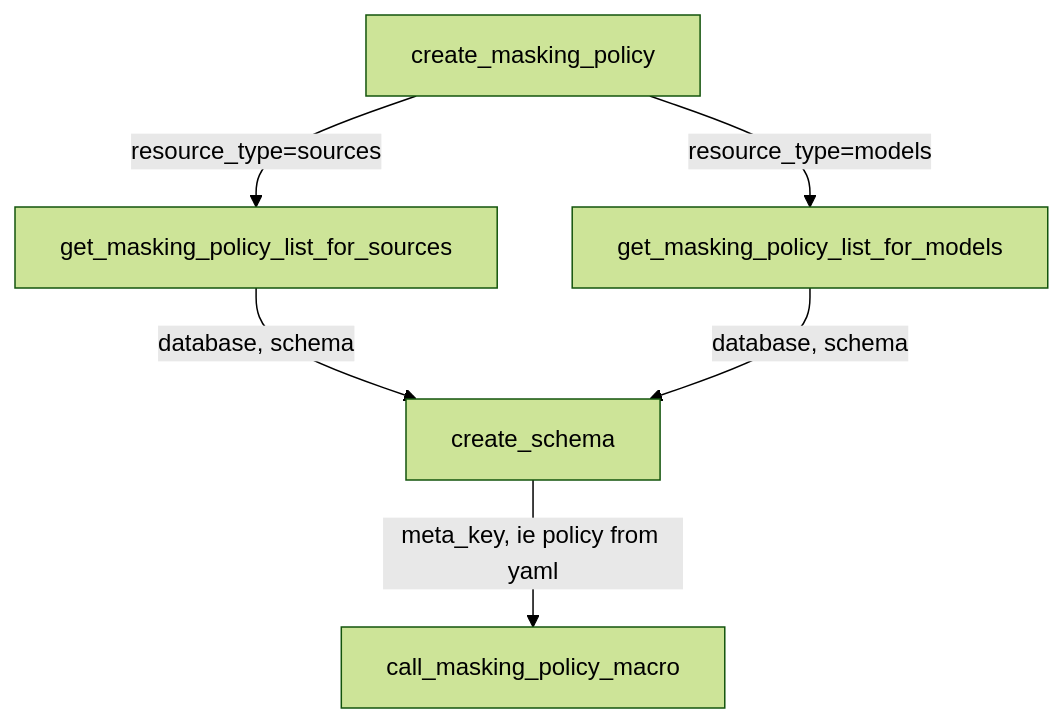
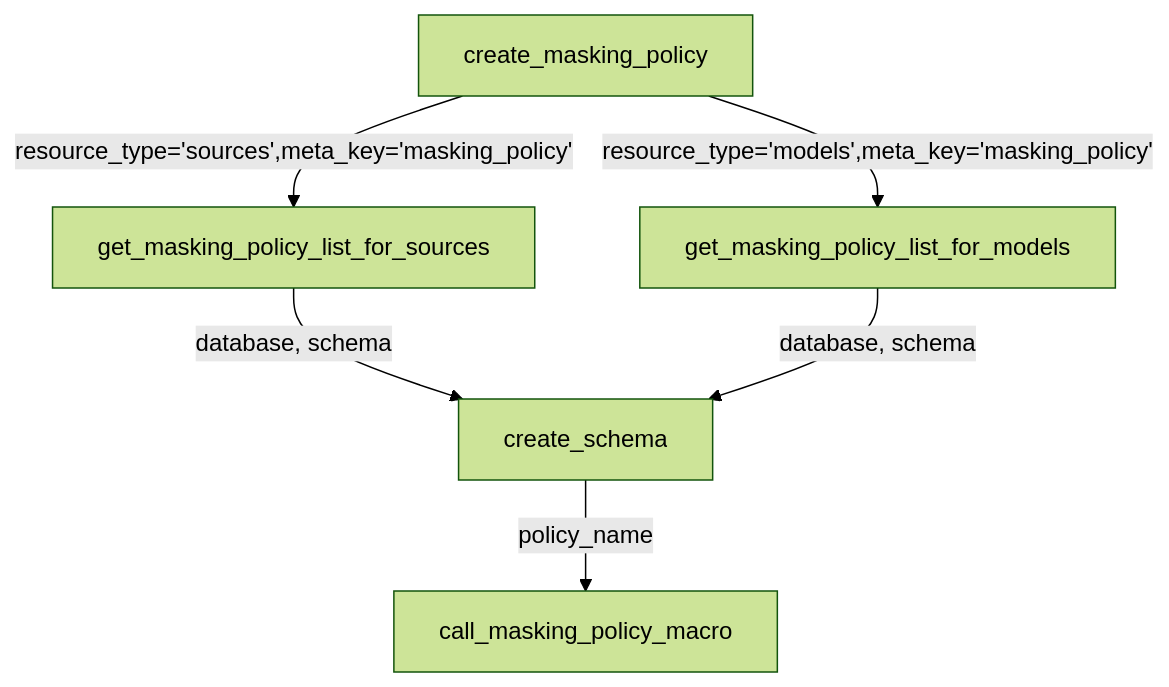
The first of 2 diagrams in README.md (entechlog/dbt-snow-mask), drawn with Mermaid (forest theme) before and after one commit. The commit also changed other lines of this file and 1 other file, not shown here.

````diff
--- a/README.md
+++ b/README.md
@@ -165,8 +185,8 @@
 ```mermaid
 graph TD
-    A[create_masking_policy] --> |resource_type=sources| B[get_masking_policy_list_for_sources]
-    A[create_masking_policy] --> |resource_type=models| C[get_masking_policy_list_for_models]
+    A[create_masking_policy] --> |resource_type='sources',meta_key='masking_policy'| B[get_masking_policy_list_for_sources]
+    A[create_masking_policy] --> |resource_type='models',meta_key='masking_policy'| C[get_masking_policy_list_for_models]
     B --> |database, schema| D[create_schema]
     C --> |database, schema| D[create_schema]
-    D --> |meta_key, ie policy from yaml| E[call_masking_policy_macro]
+    D --> |policy_name| E[call_masking_policy_macro]
 ```
````
